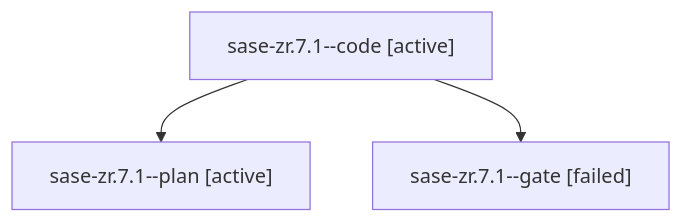
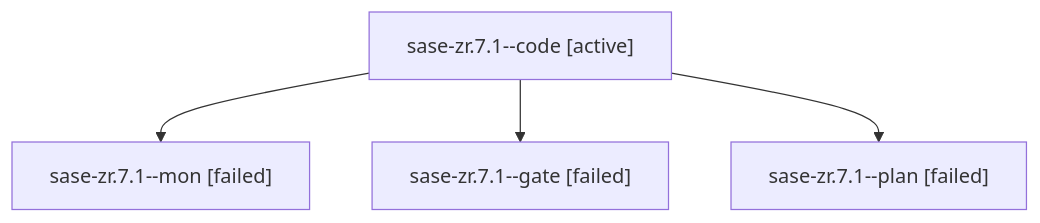
Before and after one commit to sase-org/sase--agents: the diagram in families/bbugyi200.apollo.sase-zr.7.1.md, drawn with Mermaid. The commit also changed other lines of this file and 85 other files, not shown here.

````diff
--- a/families/bbugyi200.apollo.sase-zr.7.1.md
+++ b/families/bbugyi200.apollo.sase-zr.7.1.md
@@ -9,8 +9,10 @@
 ```mermaid
 flowchart TD
   n0["sase-zr.7.1--code [active]"]
-  n1["sase-zr.7.1--plan [active]"]
+  n1["sase-zr.7.1--mon [failed]"]
   n0 --> n1
   n2["sase-zr.7.1--gate [failed]"]
   n0 --> n2
+  n3["sase-zr.7.1--plan [failed]"]
+  n0 --> n3
 ```
````
